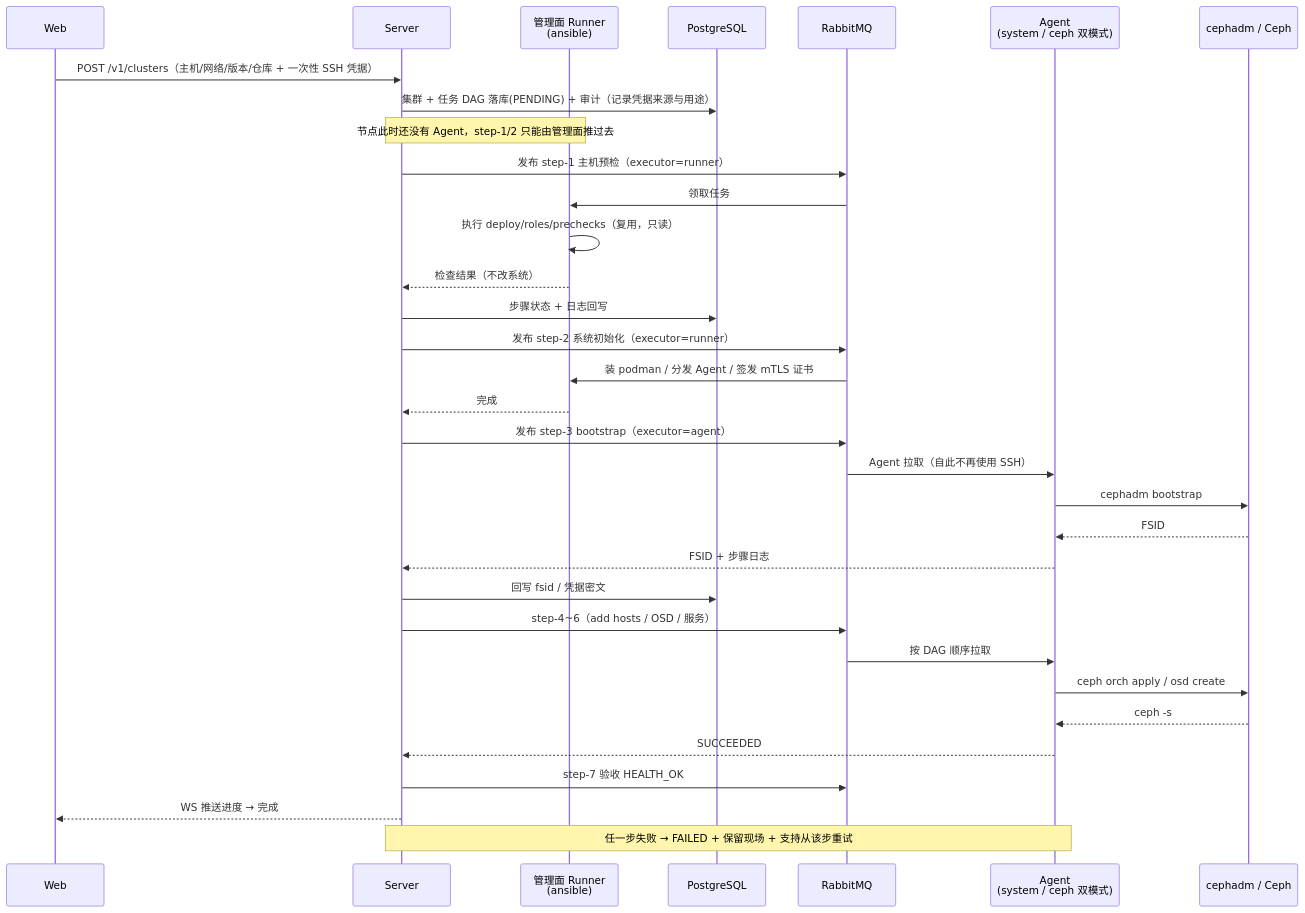
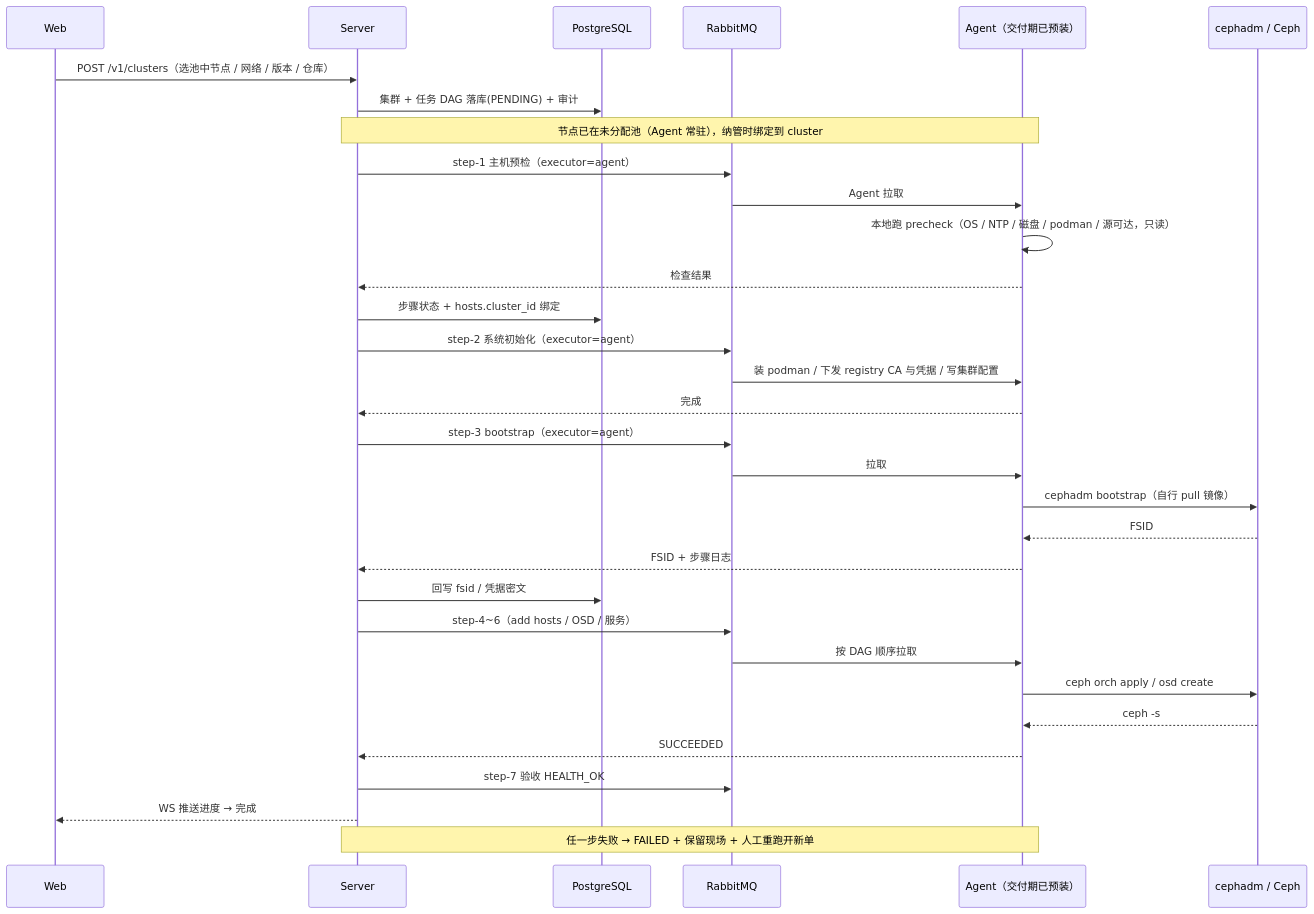
The second of 10 diagrams in docs/02-研发线/04-架构师/架构设计-Ceph管理平台.md (lnsyyj/winter), drawn with Mermaid before and after one commit. The commit also changed other lines of this file and 17 other files, not shown here.

First line of the commit message:
docs(arch): Server 不再碰 Ceph，Agent 预装、运行期零 SSH（ADR-35）

````diff
--- a/docs/02-研发线/04-架构师/架构设计-Ceph管理平台.md
+++ b/docs/02-研发线/04-架构师/架构设计-Ceph管理平台.md
@@ -171,36 +171,35 @@
 ```mermaid
 sequenceDiagram
     participant W as Web
     participant S as Server
-    participant R as 管理面 Runner<br/>(ansible)
     participant DB as PostgreSQL
     participant Q as RabbitMQ
-    participant A as Agent<br/>(system / ceph 双模式)
+    participant A as Agent（交付期已预装）
     participant C as cephadm / Ceph
 
-    W->>S: POST /v1/clusters（主机/网络/版本/仓库 + 一次性 SSH 凭据）
-    S->>DB: 集群 + 任务 DAG 落库(PENDING) + 审计（记录凭据来源与用途）
-    Note over S,R: 节点此时还没有 Agent，step-1/2 只能由管理面推过去
-    S->>Q: 发布 step-1 主机预检（executor=runner）
-    Q->>R: 领取任务
-    R->>R: 执行 deploy/roles/prechecks（复用，只读）
-    R-->>S: 检查结果（不改系统）
-    S->>DB: 步骤状态 + 日志回写
-    S->>Q: 发布 step-2 系统初始化（executor=runner）
-    Q->>R: 装 podman / 分发 Agent / 签发 mTLS 证书
-    R-->>S: 完成
-    S->>Q: 发布 step-3 bootstrap（executor=agent）
-    Q->>A: Agent 拉取（自此不再使用 SSH）
-    A->>C: cephadm bootstrap
+    W->>S: POST /v1/clusters（选池中节点 / 网络 / 版本 / 仓库）
+    S->>DB: 集群 + 任务 DAG 落库(PENDING) + 审计
+    Note over S,A: 节点已在未分配池（Agent 常驻），纳管时绑定到 cluster
+    S->>Q: step-1 主机预检（executor=agent）
+    Q->>A: Agent 拉取
+    A->>A: 本地跑 precheck（OS / NTP / 磁盘 / podman / 源可达，只读）
+    A-->>S: 检查结果
+    S->>DB: 步骤状态 + hosts.cluster_id 绑定
+    S->>Q: step-2 系统初始化（executor=agent）
+    Q->>A: 装 podman / 下发 registry CA 与凭据 / 写集群配置
+    A-->>S: 完成
+    S->>Q: step-3 bootstrap（executor=agent）
+    Q->>A: 拉取
+    A->>C: cephadm bootstrap（自行 pull 镜像）
     C-->>A: FSID
     A-->>S: FSID + 步骤日志
     S->>DB: 回写 fsid / 凭据密文
     S->>Q: step-4~6（add hosts / OSD / 服务）
     Q->>A: 按 DAG 顺序拉取
     A->>C: ceph orch apply / osd create
     C-->>A: ceph -s
     A-->>S: SUCCEEDED
     S->>Q: step-7 验收 HEALTH_OK
     S-->>W: WS 推送进度 → 完成
-    Note over S,A: 任一步失败 → FAILED + 保留现场 + 支持从该步重试
+    Note over S,A: 任一步失败 → FAILED + 保留现场 + 人工重跑开新单
 ```
````
